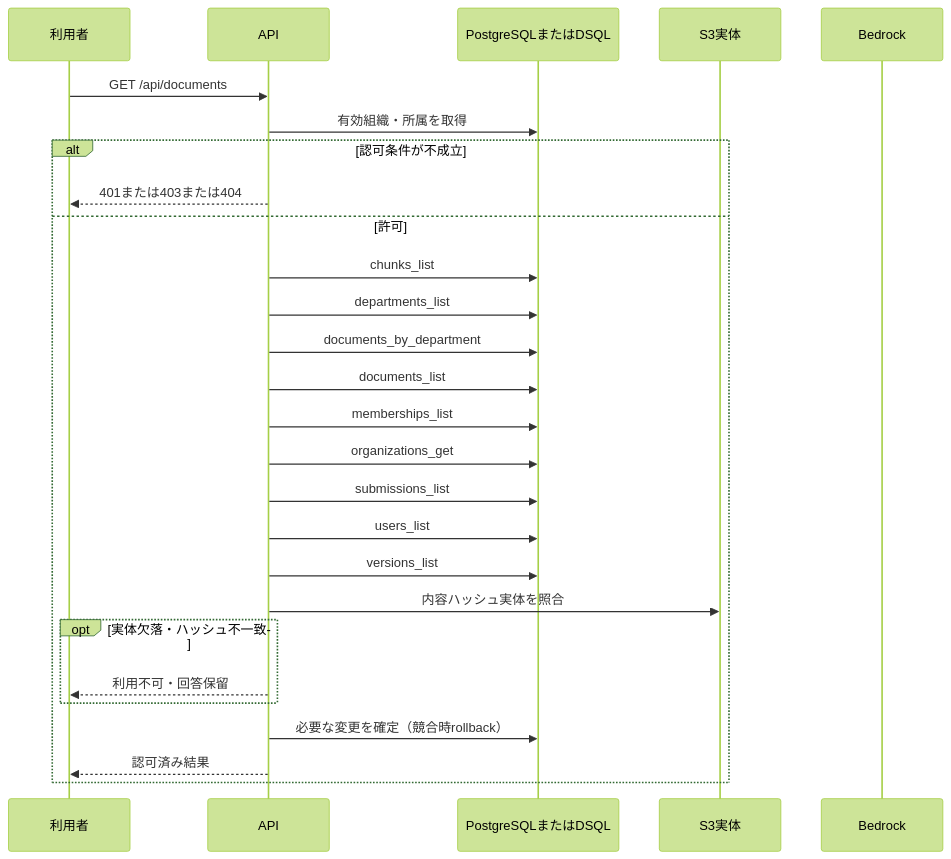
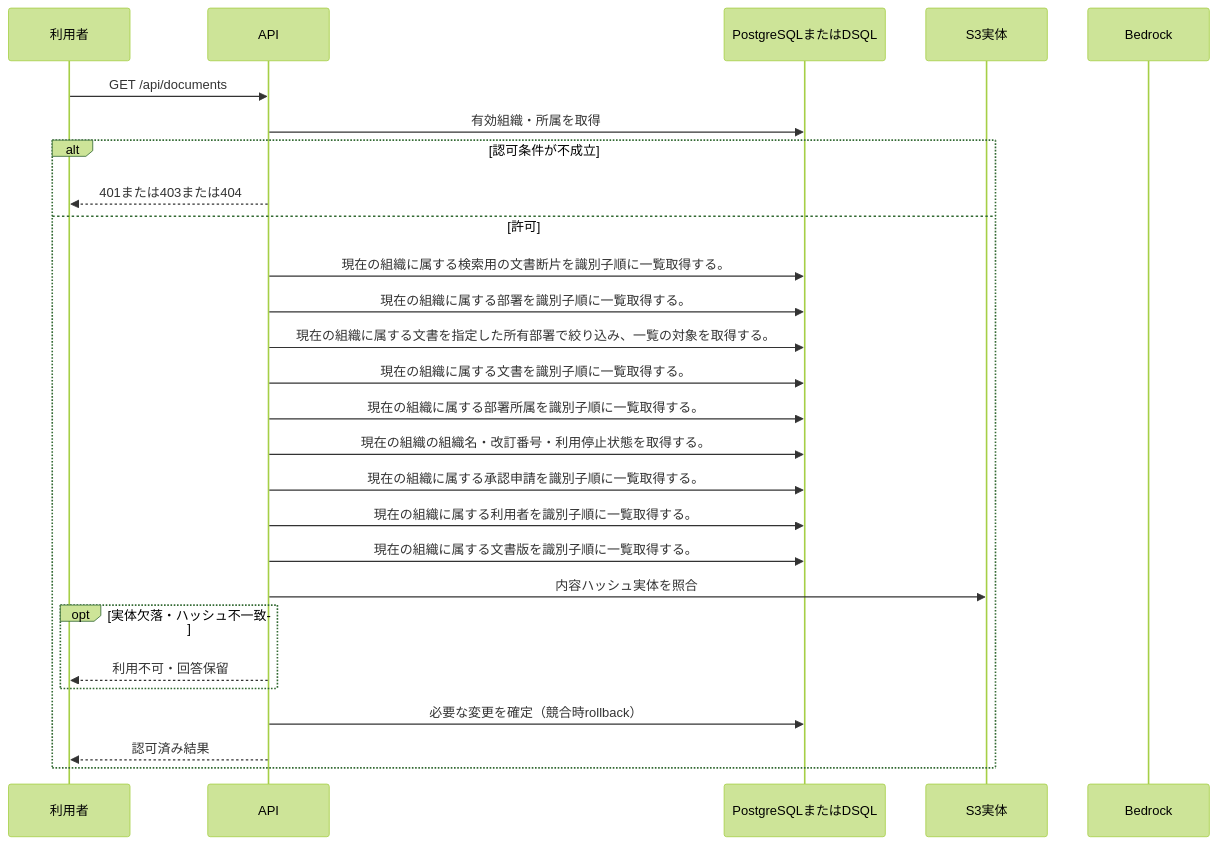
The diagram in docs/design/generated/api/documents/list_documents/sequence.md (tsuji-tomonori/KotoRelay), drawn with Mermaid (forest theme) before and after one commit. The commit also changed other lines of this file and 286 other files, not shown here.

````diff
--- a/docs/design/generated/api/documents/list_documents/sequence.md
+++ b/docs/design/generated/api/documents/list_documents/sequence.md
@@ -7,29 +7,29 @@
 ```mermaid
 sequenceDiagram
     participant U as 利用者
     participant A as API
     participant D as PostgreSQLまたはDSQL
     participant S as S3実体
     participant M as Bedrock
     U->>A: GET /api/documents
     A->>D: 有効組織・所属を取得
     alt 認可条件が不成立
         A-->>U: 401または403または404
     else 許可
-        A->>D: chunks_list
-        A->>D: departments_list
-        A->>D: documents_by_department
-        A->>D: documents_list
-        A->>D: memberships_list
-        A->>D: organizations_get
-        A->>D: submissions_list
-        A->>D: users_list
-        A->>D: versions_list
+        A->>D: 現在の組織に属する検索用の文書断片を識別子順に一覧取得する。
+        A->>D: 現在の組織に属する部署を識別子順に一覧取得する。
+        A->>D: 現在の組織に属する文書を指定した所有部署で絞り込み、一覧の対象を取得する。
+        A->>D: 現在の組織に属する文書を識別子順に一覧取得する。
+        A->>D: 現在の組織に属する部署所属を識別子順に一覧取得する。
+        A->>D: 現在の組織の組織名・改訂番号・利用停止状態を取得する。
+        A->>D: 現在の組織に属する承認申請を識別子順に一覧取得する。
+        A->>D: 現在の組織に属する利用者を識別子順に一覧取得する。
+        A->>D: 現在の組織に属する文書版を識別子順に一覧取得する。
         A->>S: 内容ハッシュ実体を照合
         opt 実体欠落・ハッシュ不一致
             A-->>U: 利用不可・回答保留
         end
         A->>D: 必要な変更を確定（競合時rollback）
         A-->>U: 認可済み結果
     end
 ```
````
